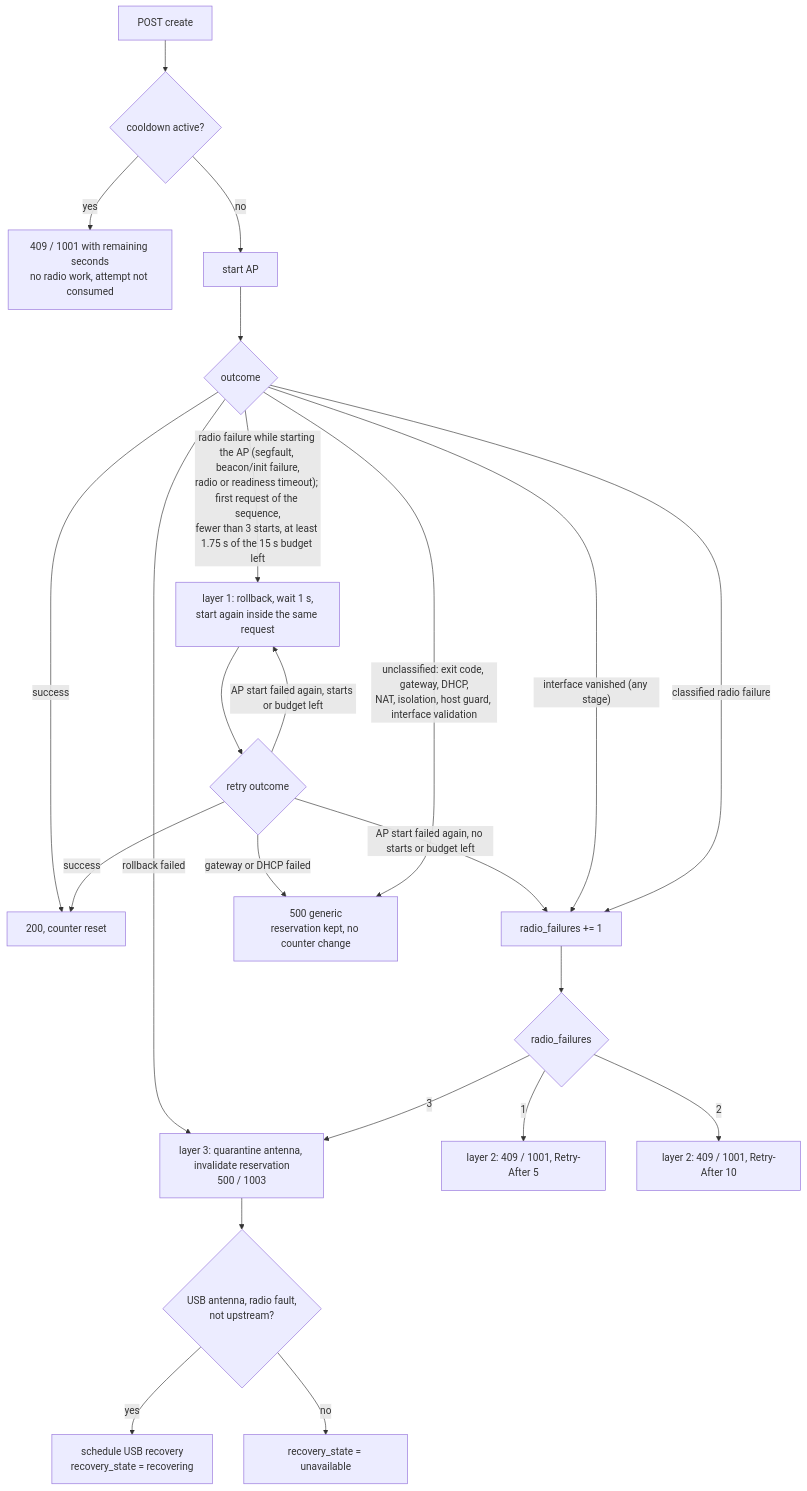
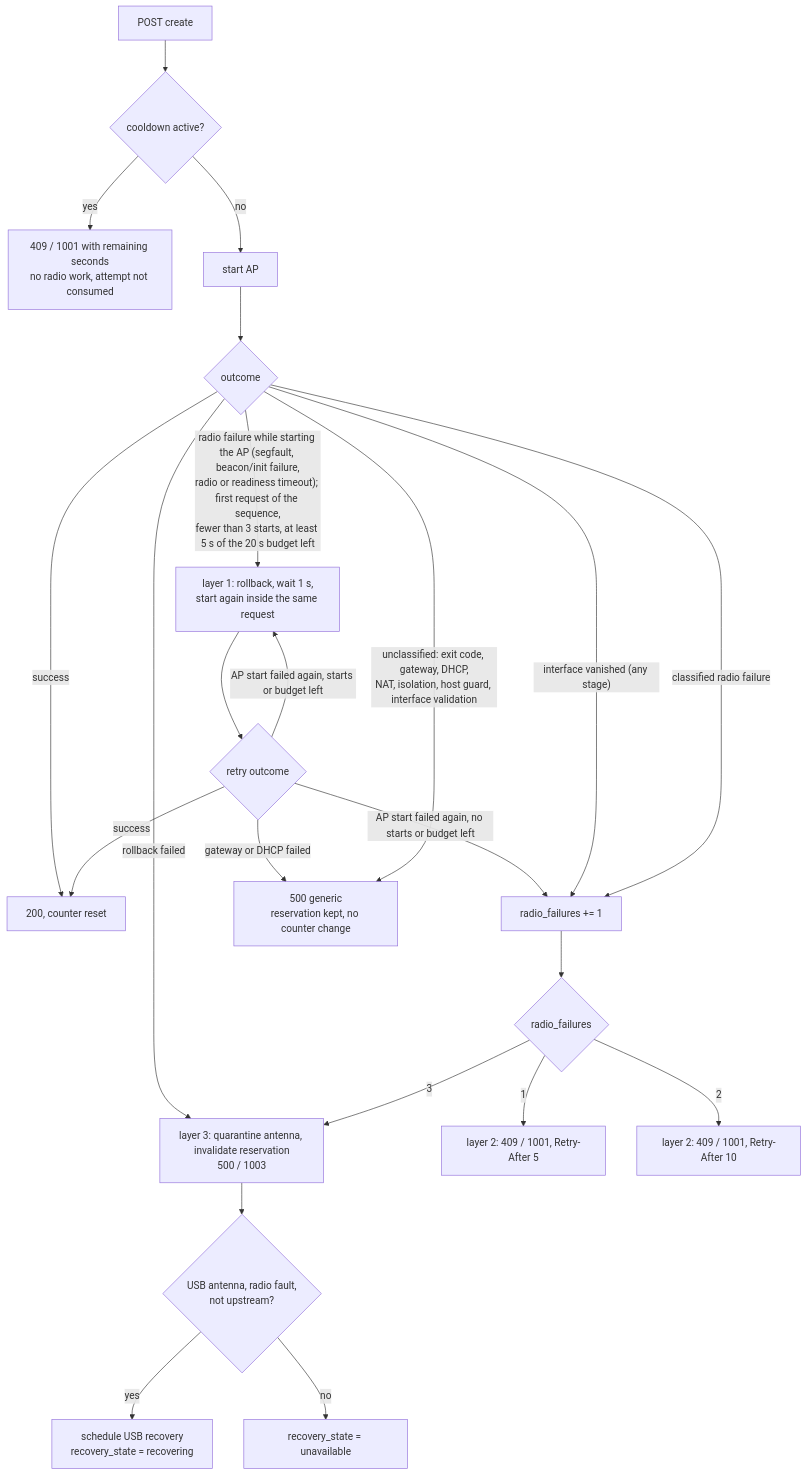
The tenth of 14 diagrams in docs/architecture.md (caporalesimone/wi-lab), drawn with Mermaid before and after one commit. The commit also changed other lines of this file and 9 other files, not shown here.

First line of the commit message:
fix(manager): give every internal AP start retry at least 4 s (HAP-4)

````diff
--- a/docs/architecture.md
+++ b/docs/architecture.md
@@ -550,25 +550,25 @@
 ```mermaid
 flowchart TD
     S["POST create"] --> CD{"cooldown active?"}
     CD -->|yes| R0["409 / 1001 with remaining seconds<br/>no radio work, attempt not consumed"]
     CD -->|no| ST["start AP"]
     ST --> OUT{"outcome"}
     OUT -->|success| OK["200, counter reset"]
-    OUT -->|"radio failure while starting the AP (segfault, beacon/init failure,<br/>radio or readiness timeout); first request of the sequence,<br/>fewer than 3 starts, at least 1.75 s of the 15 s budget left"| IR["layer 1: rollback, wait 1 s,<br/>start again inside the same request"]
+    OUT -->|"radio failure while starting the AP (segfault, beacon/init failure,<br/>radio or readiness timeout); first request of the sequence,<br/>fewer than 3 starts, at least 5 s of the 20 s budget left"| IR["layer 1: rollback, wait 1 s,<br/>start again inside the same request"]
     IR --> OUT2{"retry outcome"}
     OUT2 -->|success| OK
     OUT2 -->|"AP start failed again, starts or budget left"| IR
     OUT2 -->|"AP start failed again, no starts or budget left"| CL
     OUT2 -->|"gateway or DHCP failed"| G
     OUT -->|"unclassified: exit code, gateway, DHCP,<br/>NAT, isolation, host guard, interface validation"| G["500 generic<br/>reservation kept, no counter change"]
     OUT -->|"interface vanished (any stage)"| CL
     OUT -->|classified radio failure| CL["radio_failures += 1"]
     OUT -->|rollback failed| Q
     CL --> N{"radio_failures"}
     N -->|1| R5["layer 2: 409 / 1001, Retry-After 5"]
     N -->|2| R10["layer 2: 409 / 1001, Retry-After 10"]
     N -->|3| Q["layer 3: quarantine antenna, invalidate reservation<br/>500 / 1003"]
     Q --> U{"USB antenna, radio fault,<br/>not upstream?"}
     U -->|yes| REC["schedule USB recovery<br/>recovery_state = recovering"]
     U -->|no| UN["recovery_state = unavailable"]
 ```
````
